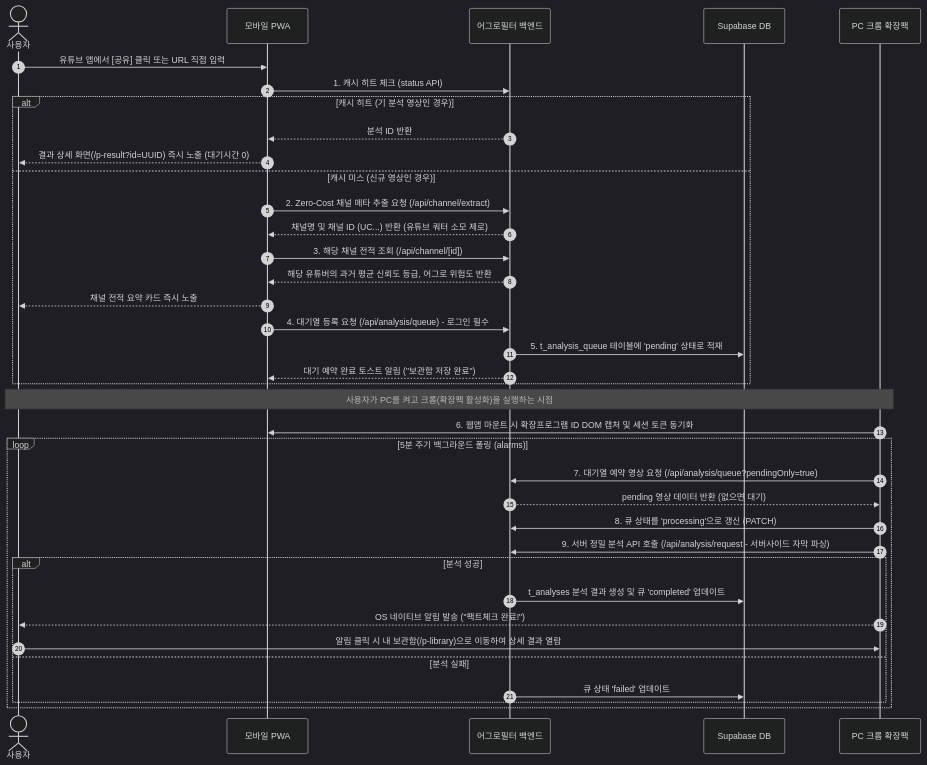
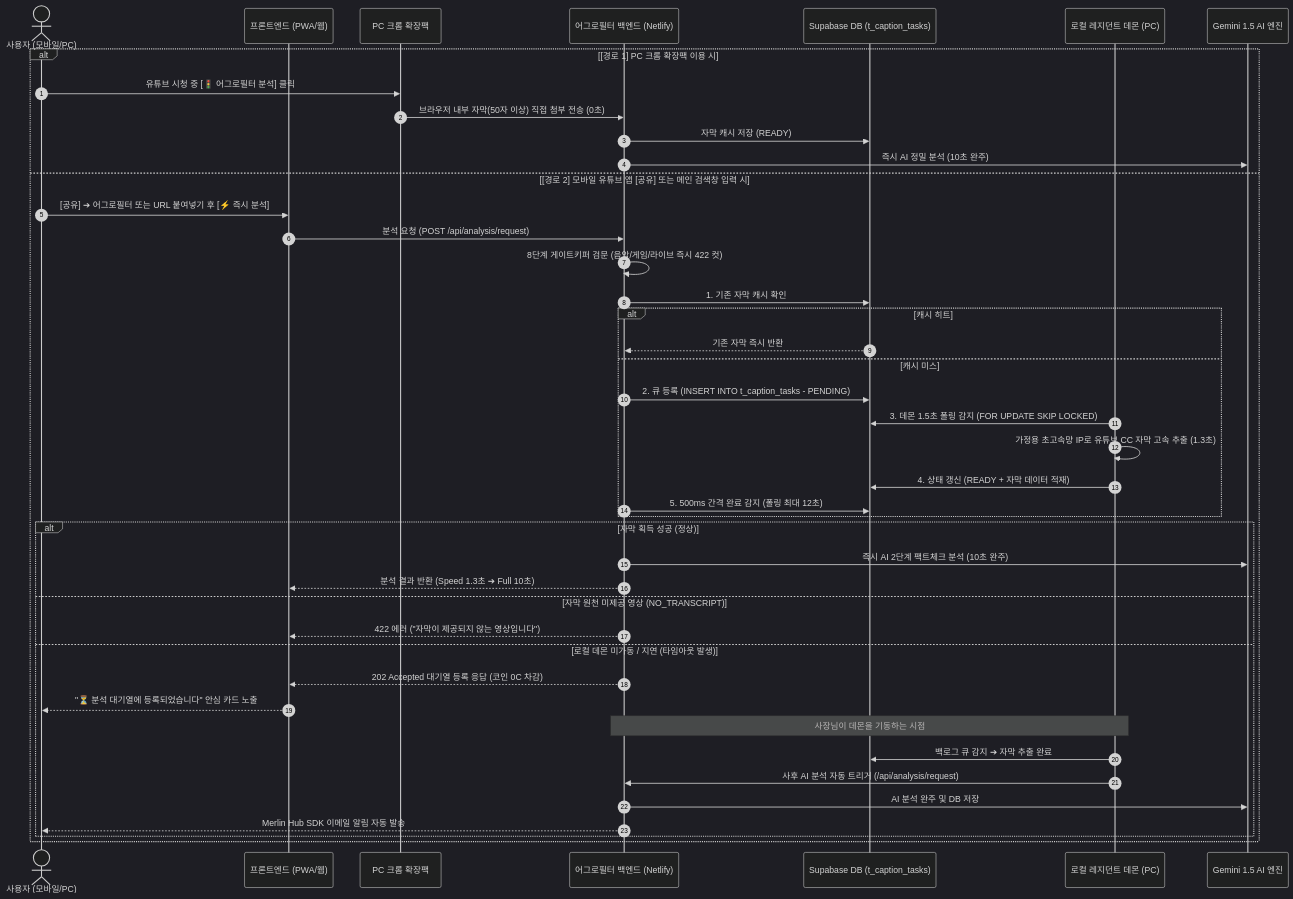
The diagram in docs/NEW_모바일-PC 크로스디바이스_분석 브릿지.md (Han-jinwook/AggroFilter), drawn with Mermaid (dark theme) before and after one commit. The commit also changed other lines of this file and 11 other files, not shown here.

Commit message:
어그로필터 전 문서 최신 하이브리드 로컬 큐 및 모바일 해방 아키텍처 반영과 과거 잔재 정리

````diff
--- a/docs/NEW_모바일-PC 크로스디바이스_분석 브릿지.md
+++ b/docs/NEW_모바일-PC 크로스디바이스_분석 브릿지.md
@@ -11,42 +11,47 @@
 ```mermaid
 sequenceDiagram
     autonumber
-    actor User as 사용자
-    participant PWA as 모바일 PWA
-    participant API as 어그로필터 백엔드
-    participant DB as Supabase DB
-    participant PC as PC 크롬 확장팩
+    actor User as 사용자 (모바일/PC)
+    participant UI as 프론트엔드 (PWA/웹)
+    participant Ext as PC 크롬 확장팩
+    participant API as 어그로필터 백엔드 (Netlify)
+    participant DB as Supabase DB (t_caption_tasks)
+    participant Worker as 로컬 레지던트 데몬 (PC)
+    participant AI as Gemini 1.5 AI 엔진
 
-    User->>PWA: 유튜브 앱에서 [공유] 클릭 또는 URL 직접 입력
-    PWA->>API: 1. 캐시 히트 체크 (status API)
-    alt 캐시 히트 (기 분석 영상인 경우)
-        API-->>PWA: 분석 ID 반환
-        PWA-->>User: 결과 상세 화면(/p-result?id=UUID) 즉시 노출 (대기시간 0)
-    else 캐시 미스 (신규 영상인 경우)
-        PWA->>API: 2. Zero-Cost 채널 메타 추출 요청 (/api/channel/extract)
-        API-->>PWA: 채널명 및 채널 ID (UC...) 반환 (유튜브 쿼터 소모 제로)
-        PWA->>API: 3. 해당 채널 전적 조회 (/api/channel/[id])
-        API-->>PWA: 해당 유튜버의 과거 평균 신뢰도 등급, 어그로 위험도 반환
-        PWA-->>User: 채널 전적 요약 카드 즉시 노출
-        PWA->>API: 4. 대기열 등록 요청 (/api/analysis/queue) - 로그인 필수
-        API->>DB: 5. t_analysis_queue 테이블에 'pending' 상태로 적재
-        API-->>PWA: 대기 예약 완료 토스트 알림 ("보관함 저장 완료")
-    end
-
-    Note over User, PC: 사용자가 PC를 켜고 크롬(확장팩 활성화)을 실행하는 시점
-
-    PC->>PWA: 6. 웹앱 마운트 시 확장프로그램 ID DOM 캡처 및 세션 토큰 동기화
-    loop 5분 주기 백그라운드 폴링 (alarms)
-        PC->>API: 7. 대기열 예약 영상 요청 (/api/analysis/queue?pendingOnly=true)
-        API-->>PC: pending 영상 데이터 반환 (없으면 대기)
-        PC->>API: 8. 큐 상태를 'processing'으로 갱신 (PATCH)
-        PC->>API: 9. 서버 정밀 분석 API 호출 (/api/analysis/request - 서버사이드 자막 파싱)
-        alt 분석 성공
-            API->>DB: t_analyses 분석 결과 생성 및 큐 'completed' 업데이트
-            PC-->>User: OS 네이티브 알림 발송 ("팩트체크 완료!")
-            User->>PC: 알림 클릭 시 내 보관함(/p-library)으로 이동하여 상세 결과 열람
-        else 분석 실패
-            API->>DB: 큐 상태 'failed' 업데이트
+    alt [경로 1] PC 크롬 확장팩 이용 시
+        User->>Ext: 유튜브 시청 중 [🚦 어그로필터 분석] 클릭
+        Ext->>API: 브라우저 내부 자막(50자 이상) 직접 첨부 전송 (0초)
+        API->>DB: 자막 캐시 저장 (READY)
+        API->>AI: 즉시 AI 정밀 분석 (10초 완주)
+    else [경로 2] 모바일 유튜브 앱 [공유] 또는 메인 검색창 입력 시
+        User->>UI: [공유] ➔ 어그로필터 또는 URL 붙여넣기 후 [⚡ 즉시 분석]
+        UI->>API: 분석 요청 (POST /api/analysis/request)
+        API->>API: 8단계 게이트키퍼 검문 (음악/게임/라이브 즉시 422 컷)
+        API->>DB: 1. 기존 자막 캐시 확인
+        alt 캐시 히트
+            DB-->>API: 기존 자막 즉시 반환
+        else 캐시 미스
+            API->>DB: 2. 큐 등록 (INSERT INTO t_caption_tasks - PENDING)
+            Worker->>DB: 3. 데몬 1.5초 폴링 감지 (FOR UPDATE SKIP LOCKED)
+            Worker->>Worker: 가정용 초고속망 IP로 유튜브 CC 자막 고속 추출 (1.3초)
+            Worker->>DB: 4. 상태 갱신 (READY + 자막 데이터 적재)
+            API->>DB: 5. 500ms 간격 완료 감지 (폴링 최대 12초)
+        end
+        
+        alt 자막 획득 성공 (정상)
+            API->>AI: 즉시 AI 2단계 팩트체크 분석 (10초 완주)
+            API-->>UI: 분석 결과 반환 (Speed 1.3초 ➔ Full 10초)
+        else 자막 원천 미제공 영상 (NO_TRANSCRIPT)
+            API-->>UI: 422 에러 ("자막이 제공되지 않는 영상입니다")
+        else 로컬 데몬 미가동 / 지연 (타임아웃 발생)
+            API-->>UI: 202 Accepted 대기열 등록 응답 (코인 0C 차감)
+            UI-->>User: "⏳ 분석 대기열에 등록되었습니다" 안심 카드 노출
+            Note over Worker, API: 사장님이 데몬을 기동하는 시점
+            Worker->>DB: 백로그 큐 감지 ➔ 자막 추출 완료
+            Worker->>API: 사후 AI 분석 자동 트리거 (/api/analysis/request)
+            API->>AI: AI 분석 완주 및 DB 저장
+            API-->>User: Merlin Hub SDK 이메일 알림 자동 발송
         end
     end
 ```
````
